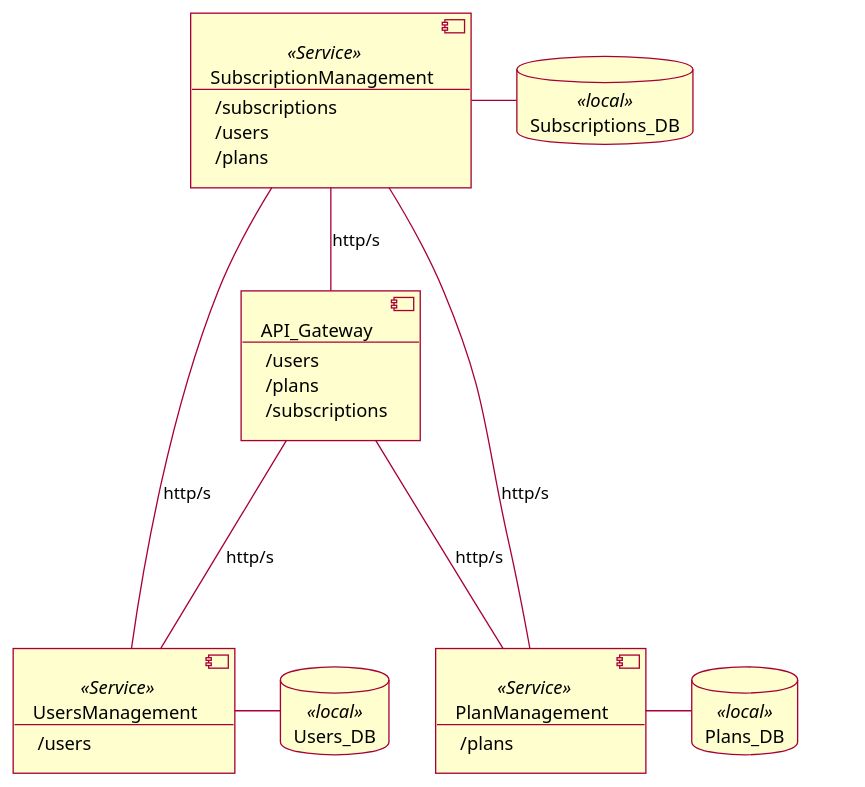
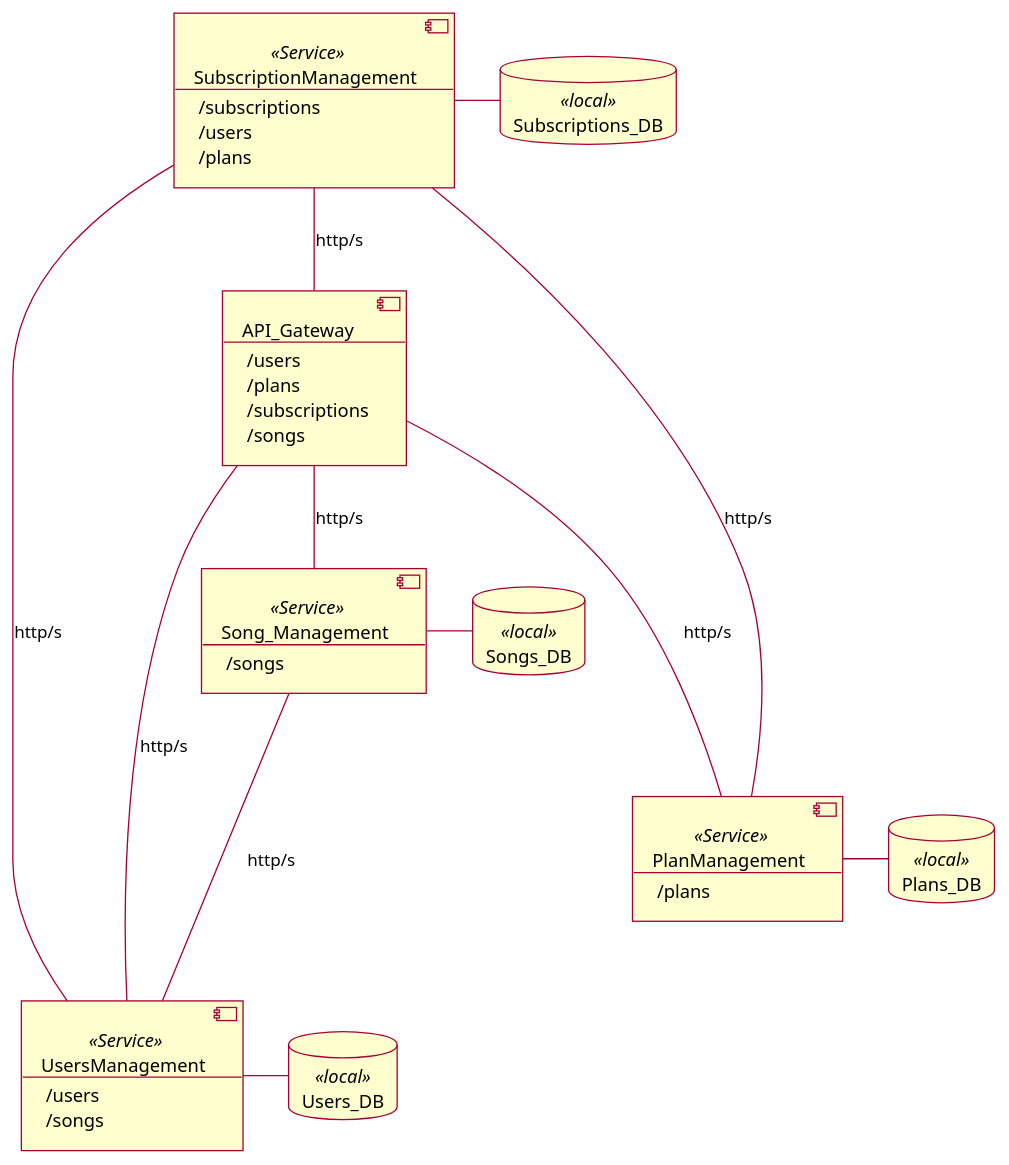
Before and after one commit to 50sara50/desofs2024_M1A_1201461_1190497_1191053_1191061: the diagram in Diagramas/Architecture.puml, drawn with PlantUML.

Commit message:
docs: add new song service to the Architecture diagram

```diff
--- a/Diagramas/Architecture.puml
+++ b/Diagramas/Architecture.puml
@@ -1,39 +1,49 @@
 @startuml
 'https://plantuml.com/component-diagram
 skin rose
 skinparam shadowing false
 'skinparam backgroundColor red
 
 '------------- TRANSPARÊNCIA -------------------
 skinparam package<<Layout>> {
   borderColor Transparent
   backgroundColor Transparent
   fontColor Transparent
   stereotypeFontColor Transparent
 }
 
 package p2 <<Layout>> {
 }
 
 '------------------ Definição dos componentes --------------------------
-component [UsersManagement \n--\n /users] <<Service>> as auth
+component [UsersManagement \n--\n /users \n /songs] <<Service>> as auth
 component [PlanManagement \n--\n /plans] <<Service>> as plan
 component [SubscriptionManagement \n--\n /subscriptions\n /users\n /plans] <<Service>> as subscription
-component [API_Gateway \n--\n /users\n /plans\n /subscriptions] as api
+component [API_Gateway \n--\n /users\n /plans\n /subscriptions \n /songs] as api
+component [Song_Management \n--\n /songs] <<Service>> as song
 
+
+'---TODO: Verificar se isto vai ser mesmo uma base de dados para cada serviço
 database Plans_DB <<local>> as pdb
 database Subscriptions_DB <<local>> as sdb
 database Users_DB <<local>> as udb
+database Songs_DB <<local>> as songDB
 
 '------------------ Ligações ----------------------------------------
 subscription ---- auth :http/s
 subscription -u--- plan :http/s
 
+song --- auth :http/s
+
 api --- auth :http/s
 api --- plan :http/s
 api -u- subscription :http/s
+api -- song :http/s
 
 auth - udb
 plan - pdb
 subscription - sdb
+
+song - songDB
+
 @enduml
```
